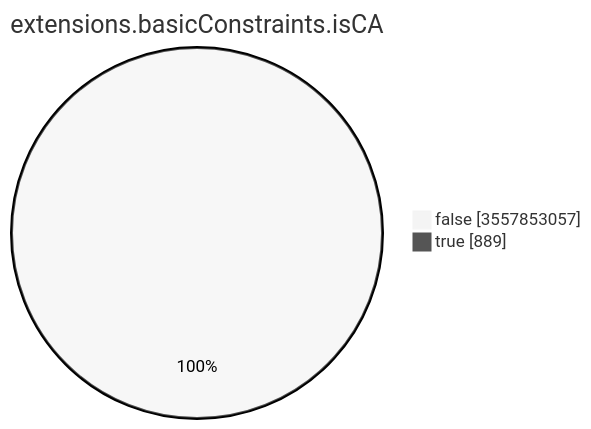
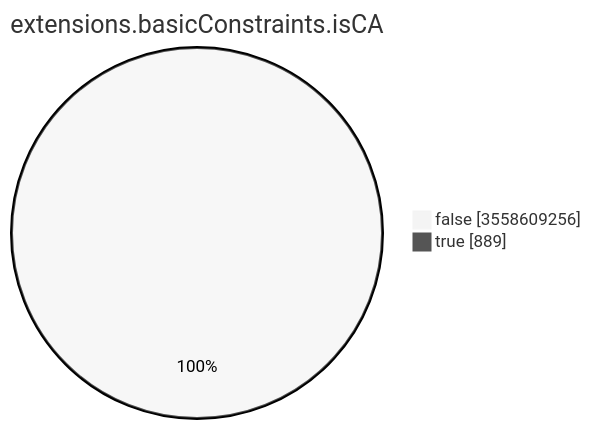
The seventh of 15 diagrams in TOTAL/README.md (christiankrug/ctmonitor_visualization), drawn with Mermaid (neutral theme) before and after one commit. The commit also changed other lines of this file, not shown here.

````diff
--- a/TOTAL/README.md
+++ b/TOTAL/README.md
@@ -3094,6 +3094,6 @@
 ```mermaid
 pie showData
 title extensions.basicConstraints.isCA
-"false" :3557853057
+"false" :3558609256
 "true" :889
 ```
````
